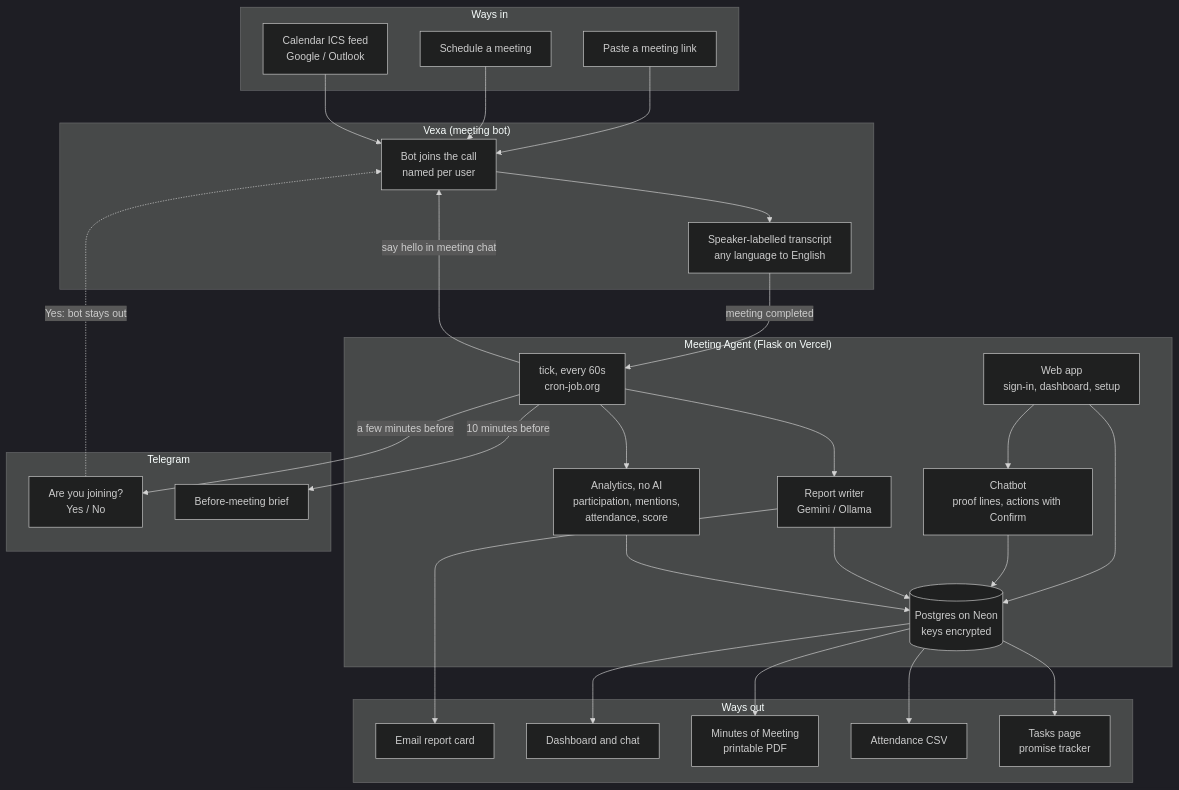
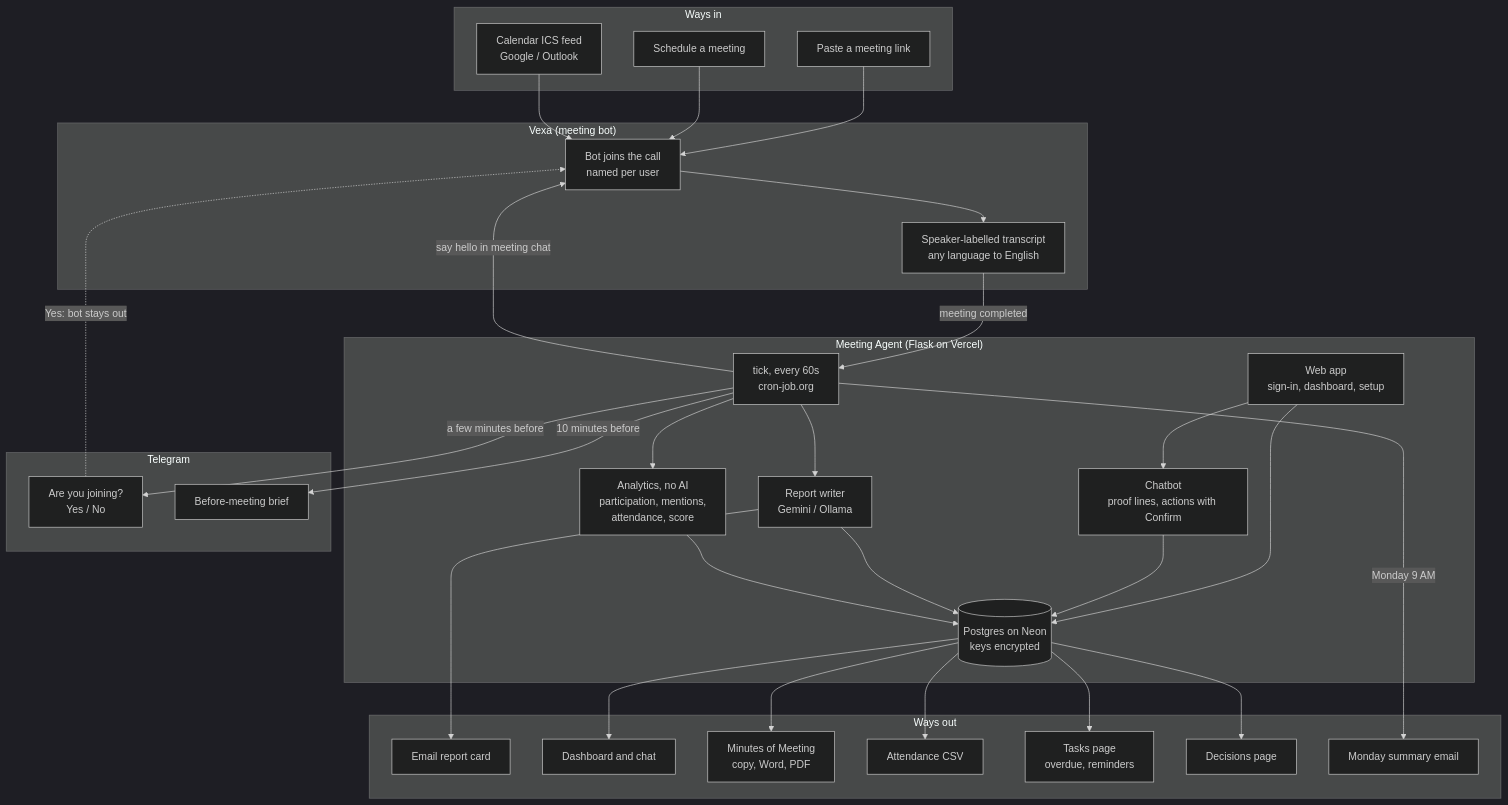
One commit to sameer-sde/meeting-agent changed the diagram in README.md. Above: the diagram before and after it, drawn with Mermaid (dark theme). The commit also changed other lines of this file, not shown here.

````diff
--- a/README.md
+++ b/README.md
@@ -50,57 +57,61 @@
 ```mermaid
 graph TB
     subgraph In ["Ways in"]
         L[Paste a meeting link]
         S[Schedule a meeting]
         K[Calendar ICS feed<br/>Google / Outlook]
     end
 
     subgraph Vexa ["Vexa (meeting bot)"]
         B[Bot joins the call<br/>named per user]
         TR[Speaker-labelled transcript<br/>any language to English]
         B --> TR
     end
 
     subgraph App ["Meeting Agent (Flask on Vercel)"]
         W[Web app<br/>sign-in, dashboard, setup]
         T[tick, every 60s<br/>cron-job.org]
         R[Report writer<br/>Gemini / Ollama]
         A[Analytics, no AI<br/>participation, mentions,<br/>attendance, score]
         CH[Chatbot<br/>proof lines, actions with Confirm]
         DB[(Postgres on Neon<br/>keys encrypted)]
         W --> DB
         W --> CH
         CH --> DB
         T --> R
         T --> A
         R --> DB
         A --> DB
     end
 
     subgraph TG ["Telegram"]
         Q[Are you joining?<br/>Yes / No]
         BR[Before-meeting brief]
     end
 
     subgraph Out ["Ways out"]
         E[Email report card]
         D[Dashboard and chat]
-        M[Minutes of Meeting<br/>printable PDF]
+        M[Minutes of Meeting<br/>copy, Word, PDF]
         C[Attendance CSV]
-        TK[Tasks page<br/>promise tracker]
+        TK[Tasks page<br/>overdue, reminders]
+        DC[Decisions page]
+        WK[Monday summary email]
     end
 
     L --> B
     S --> B
     K --> B
     T -->|a few minutes before| Q
     T -->|10 minutes before| BR
     Q -.->|Yes: bot stays out| B
     T -->|say hello in meeting chat| B
     TR -->|meeting completed| T
     DB --> D
     R --> E
     DB --> M
     DB --> C
     DB --> TK
+    DB --> DC
+    T -->|Monday 9 AM| WK
 ```
````
